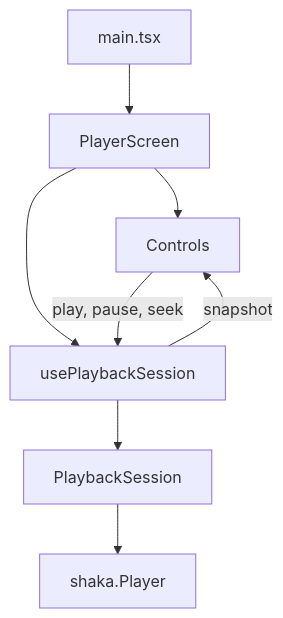
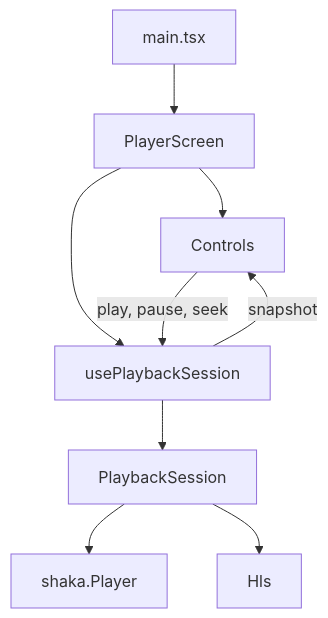
One commit to SDS37/playpath-lab changed the diagram in apps/web/README.md. Above: the diagram before and after it, drawn with Mermaid. The commit also changed other lines of this file and 17 other files, not shown here.

````diff
--- a/apps/web/README.md
+++ b/apps/web/README.md
@@ -20,10 +20,11 @@
 ```mermaid
 flowchart TD
   main["main.tsx"] --> screen["PlayerScreen"]
   screen --> controls["Controls"]
   screen --> hook["usePlaybackSession"]
   hook --> session["PlaybackSession"]
   session --> shaka["shaka.Player"]
+  session --> hlsjs["Hls"]
   controls -->|play, pause, seek| hook
   hook -->|snapshot| controls
 ```
````
